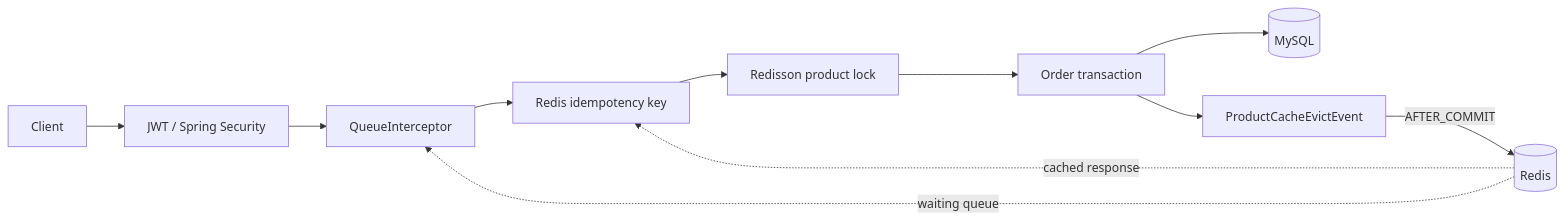
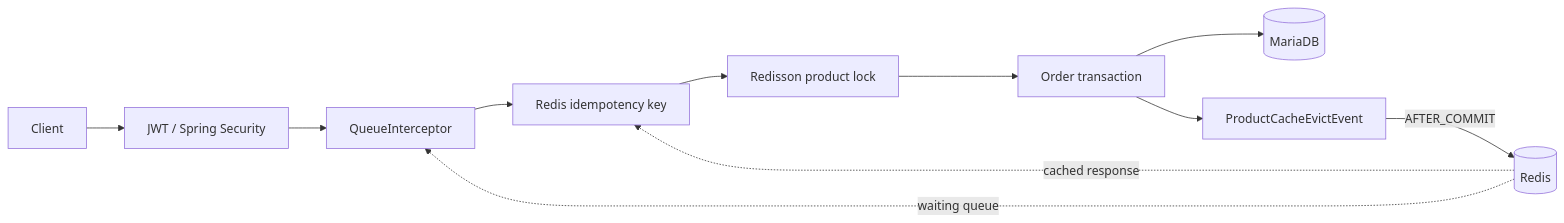
Before and after one commit to juhwanz/eshop-refac: the diagram in README.md, drawn with Mermaid. The commit also changed other lines of this file and 16 other files, not shown here.

````diff
--- a/README.md
+++ b/README.md
@@ -43,14 +43,14 @@
 ```mermaid
 flowchart LR
     Client[Client] --> Security[JWT / Spring Security]
     Security --> Queue[QueueInterceptor]
     Queue --> Idempotency[Redis idempotency key]
     Idempotency --> Lock[Redisson product lock]
     Lock --> Service[Order transaction]
-    Service --> MySQL[(MySQL)]
+    Service --> MariaDB[(MariaDB)]
     Service --> Event[ProductCacheEvictEvent]
     Event -->|AFTER_COMMIT| Redis[(Redis)]
 
     Redis -. waiting queue .-> Queue
     Redis -. cached response .-> Idempotency
 ```
````
